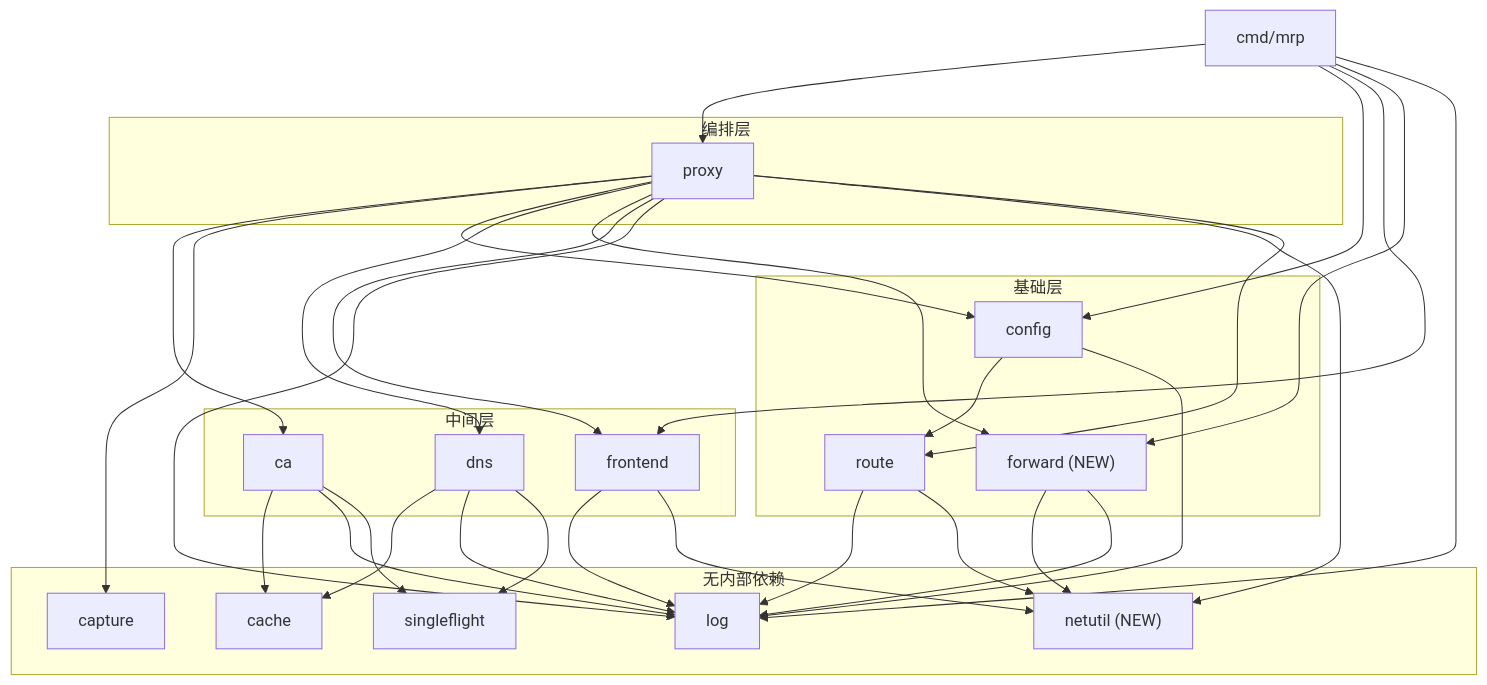
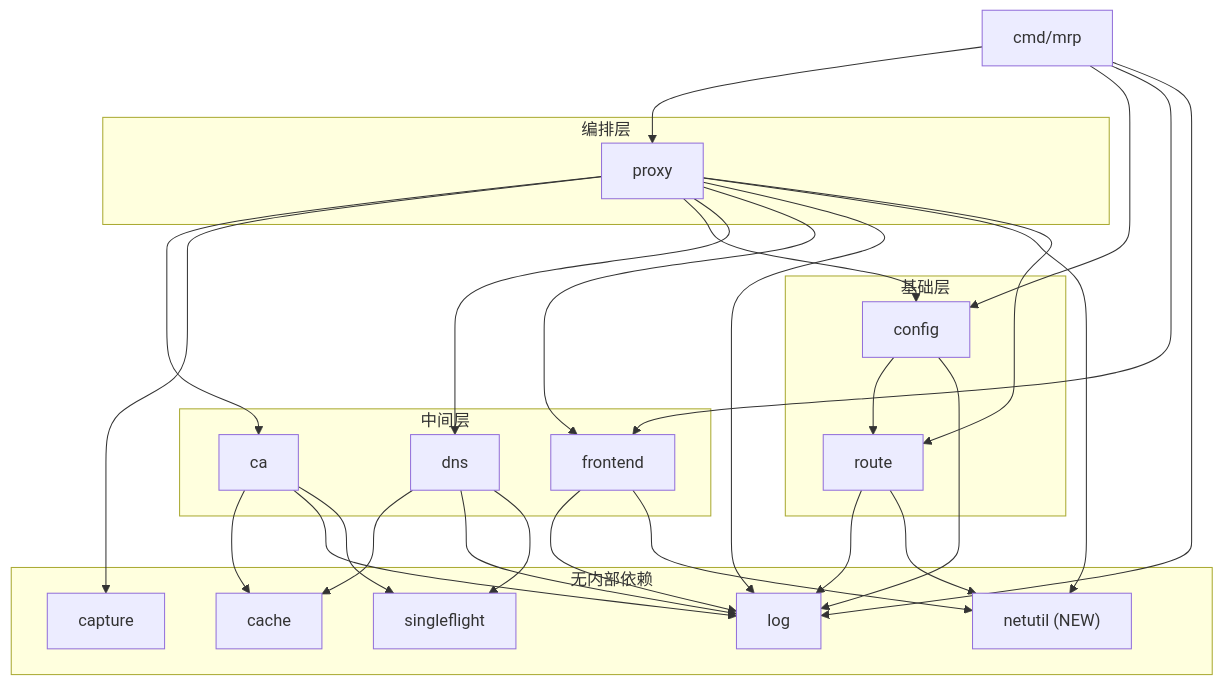
One commit to isunk/MyReverseProxy changed the first of 3 diagrams in .monkeycode/specs/udp-tcp-forwarding-refactor/design.md. Above: the diagram before and after it, drawn with Mermaid. The commit also changed other lines of this file and 25 other files, not shown here.

````diff
--- a/.monkeycode/specs/udp-tcp-forwarding-refactor/design.md
+++ b/.monkeycode/specs/udp-tcp-forwarding-refactor/design.md
@@ -14,44 +14,40 @@
 ```mermaid
 graph TD
     subgraph "无内部依赖"
         log["log"]
         cache["cache"]
         capture["capture"]
         singleflight["singleflight"]
         netutil["netutil (NEW)"]
     end
     subgraph "基础层"
         route["route"] --> log
         route --> netutil
         config["config"] --> route
         config --> log
-        forward["forward (NEW)"] --> netutil
-        forward --> log
     end
     subgraph "中间层"
         dns["dns"] --> cache
         dns --> log
         dns --> singleflight
         ca["ca"] --> cache
         ca --> log
         ca --> singleflight
         frontend["frontend"] --> log
         frontend --> netutil
     end
     subgraph "编排层"
         proxy["proxy"] --> ca
         proxy --> capture
         proxy --> config
         proxy --> dns
-        proxy --> forward
         proxy --> frontend
         proxy --> log
         proxy --> netutil
         proxy --> route
     end
     main["cmd/mrp"] --> proxy
     main --> config
     main --> frontend
-    main --> forward
     main --> log
 ```
````
